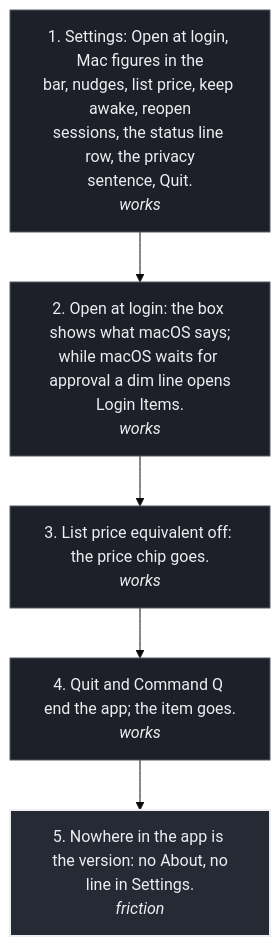
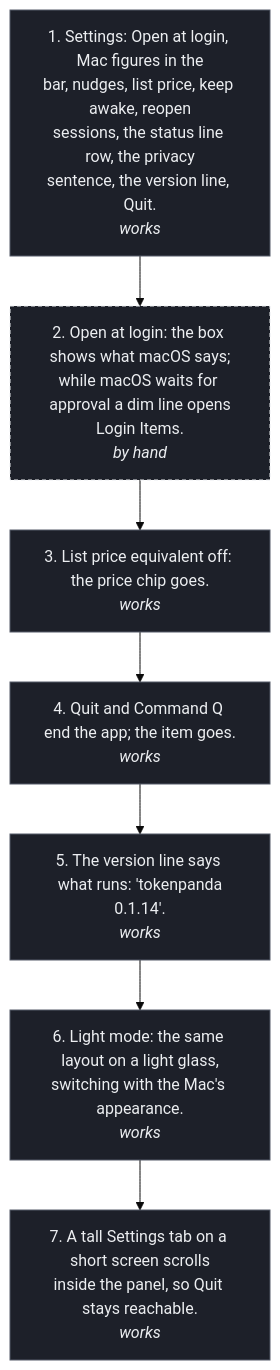
The diagram in design/wireframes/flows/09-settings.mmd (tokenpandadev/tokenpanda-app), drawn with Mermaid (base theme) before and after one commit. The commit also changed 35 other files, not shown here.

```diff
--- a/design/wireframes/flows/09-settings.mmd
+++ b/design/wireframes/flows/09-settings.mmd
@@ -1,13 +1,18 @@
 flowchart TD
   classDef works fill:#1d2029,stroke:#555b68,color:#eceef1;
   classDef friction fill:#262a34,stroke:#eceef1,stroke-width:2px,color:#eceef1;
   classDef broken fill:#1d2029,stroke:#d77757,stroke-width:2px,color:#d77757;
-  S1["1. Settings: Open at login, Mac figures in the<br/>bar, nudges, list price, keep awake, reopen<br/>sessions, the status line row, the privacy<br/>sentence, Quit.<br/><i>works</i>"]:::works
-  S2["2. Open at login: the box shows what macOS says;<br/>while macOS waits for approval a dim line opens<br/>Login Items.<br/><i>works</i>"]:::works
+  classDef byhand fill:#1d2029,stroke:#eceef1,stroke-width:1px,stroke-dasharray:4 3,color:#eceef1;
+  S1["1. Settings: Open at login, Mac figures in the<br/>bar, nudges, list price, keep awake, reopen<br/>sessions, the status line row, the privacy<br/>sentence, the version line, Quit.<br/><i>works</i>"]:::works
+  S2["2. Open at login: the box shows what macOS says;<br/>while macOS waits for approval a dim line opens<br/>Login Items.<br/><i>by hand</i>"]:::byhand
   S3["3. List price equivalent off: the price chip goes.<br/><i>works</i>"]:::works
   S4["4. Quit and Command Q end the app; the item goes.<br/><i>works</i>"]:::works
-  S5["5. Nowhere in the app is the version: no About, no<br/>line in Settings.<br/><i>friction</i>"]:::friction
+  S5["5. The version line says what runs: 'tokenpanda<br/>0.1.14'.<br/><i>works</i>"]:::works
+  S6["6. Light mode: the same layout on a light glass,<br/>switching with the Mac's appearance.<br/><i>works</i>"]:::works
+  S7["7. A tall Settings tab on a short screen scrolls<br/>inside the panel, so Quit stays reachable.<br/><i>works</i>"]:::works
   S1 --> S2
   S2 --> S3
   S3 --> S4
   S4 --> S5
+  S5 --> S6
+  S6 --> S7
```
